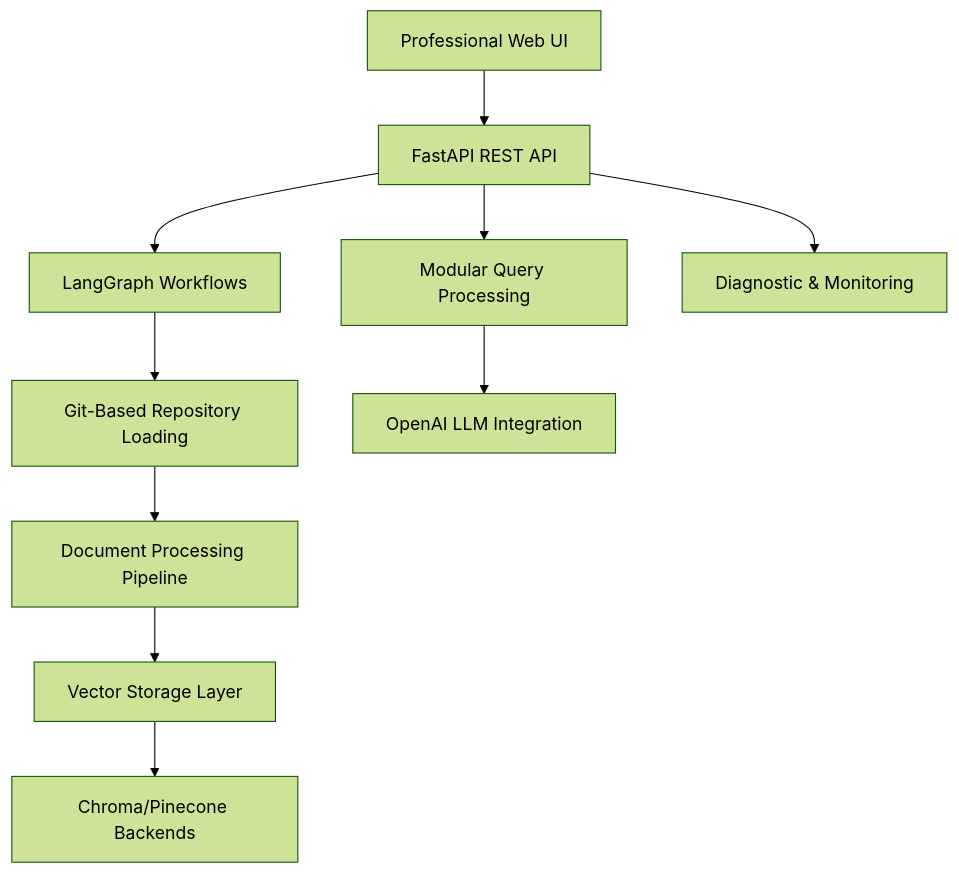
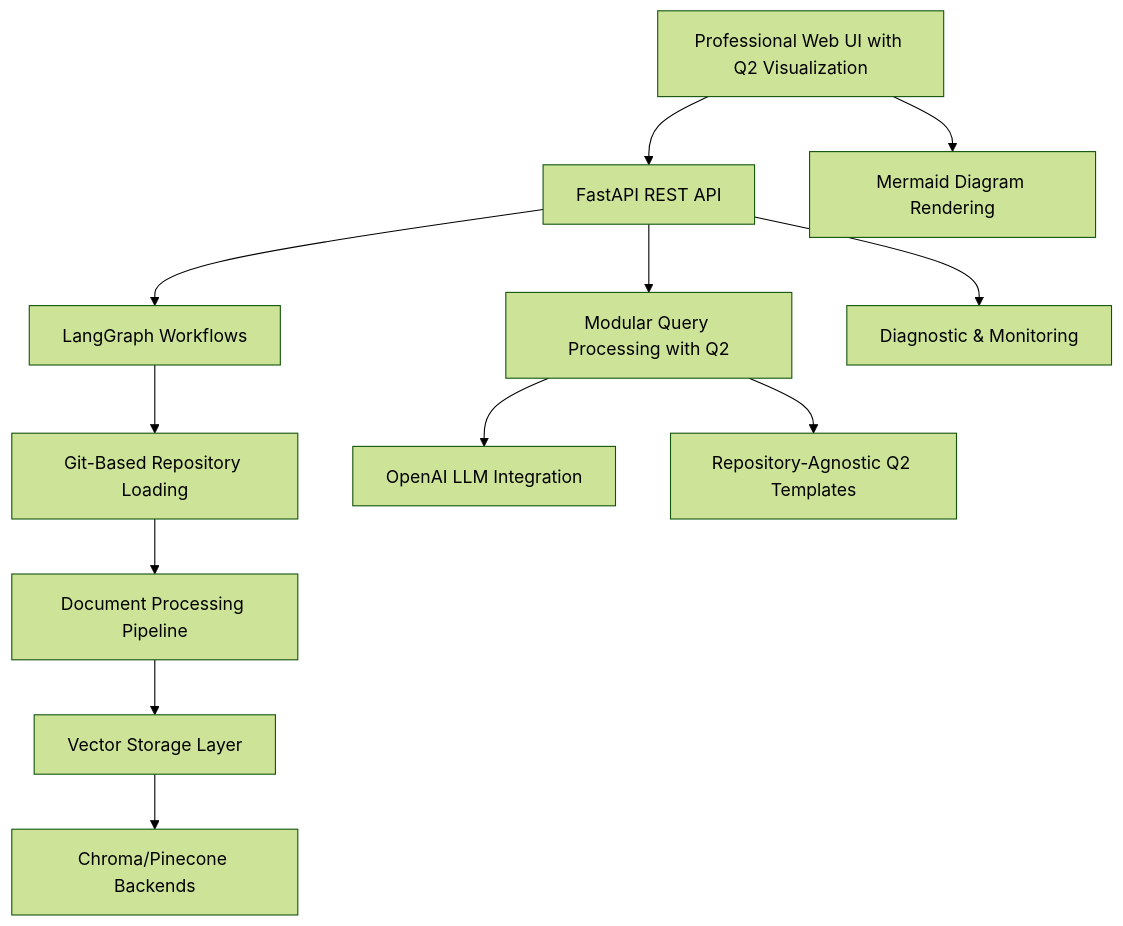
The diagram in memory-bank/progress.md (anhhai680/knowledge-graph-agent), drawn with Mermaid (forest theme) before and after one commit. The commit also changed other lines of this file and 1 other file, not shown here.

Commit message:
Update documentation to reflect comprehensive enhancements and Q2 system visualization features

````diff
--- a/memory-bank/progress.md
+++ b/memory-bank/progress.md
@@ -160,12 +175,14 @@
 ```mermaid
 graph TD
-    A[Professional Web UI] --> B[FastAPI REST API]
+    A[Professional Web UI with Q2 Visualization] --> B[FastAPI REST API]
     B --> C[LangGraph Workflows]
     C --> D[Git-Based Repository Loading]
     D --> E[Document Processing Pipeline]
     E --> F[Vector Storage Layer]
-    B --> G[Modular Query Processing] 
+    B --> G[Modular Query Processing with Q2] 
     G --> H[OpenAI LLM Integration]
     F --> I[Chroma/Pinecone Backends]
     B --> J[Diagnostic & Monitoring]
+    A --> K[Mermaid Diagram Rendering]
+    G --> L[Repository-Agnostic Q2 Templates]
 ```
````
